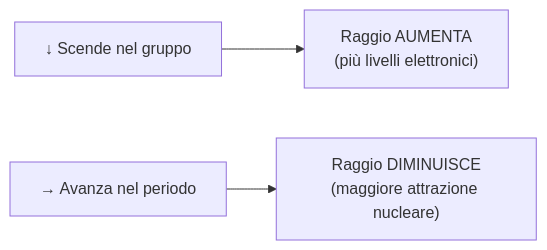
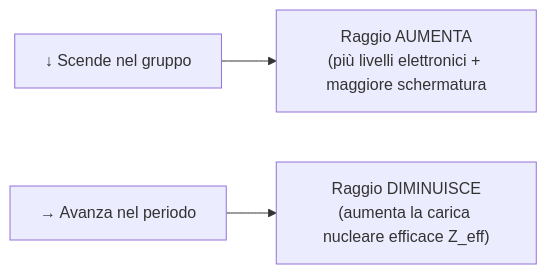
Before and after one commit to didattica/CodeCompendium: the fifth of 8 diagrams in Chimica/01-modello-atomico.md, drawn with Mermaid.

````diff
--- a/Chimica/01-modello-atomico.md
+++ b/Chimica/01-modello-atomico.md
@@ -545,5 +545,5 @@
 ```mermaid
 graph LR
-    A["↓ Scende nel gruppo"] --> B["Raggio AUMENTA\n(più livelli elettronici)"]
-    C["→ Avanza nel periodo"] --> D["Raggio DIMINUISCE\n(maggiore attrazione nucleare)"]
+    A["↓ Scende nel gruppo"] --> B["Raggio AUMENTA\n(più livelli elettronici + maggiore schermatura"]
+    C["→ Avanza nel periodo"] --> D["Raggio DIMINUISCE\n(aumenta la carica nucleare efficace Z_eff)"]
 ```
````
